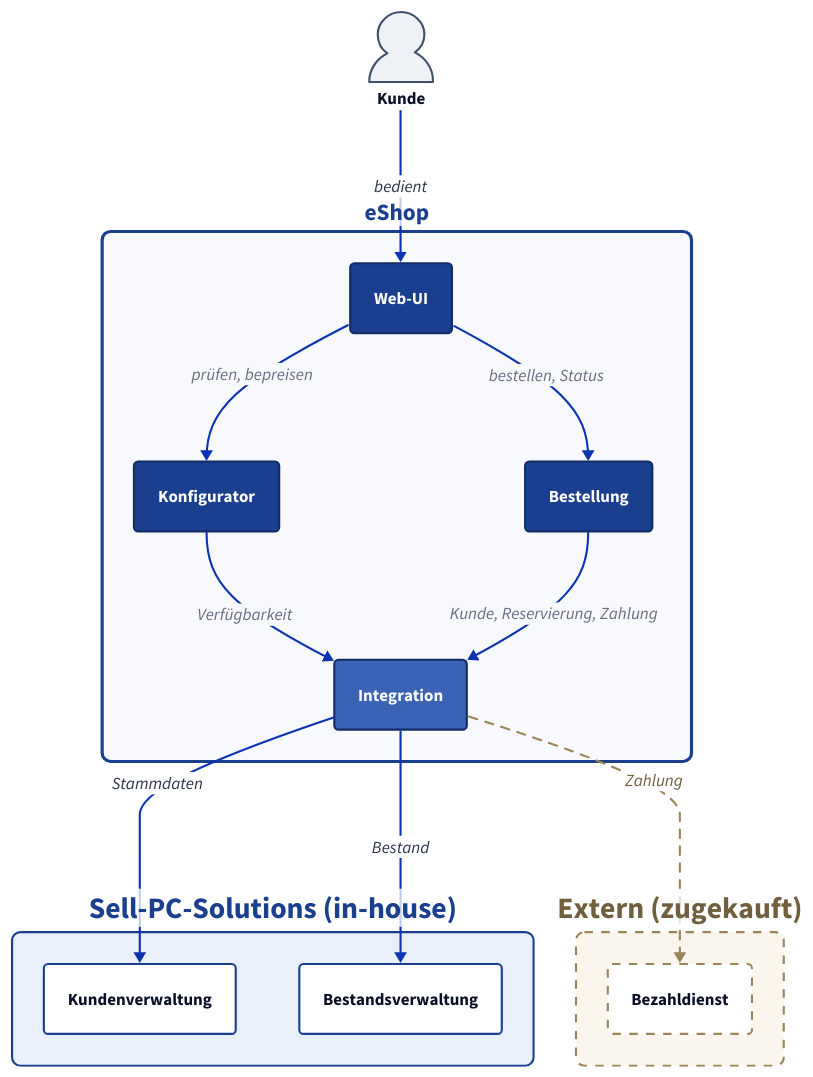
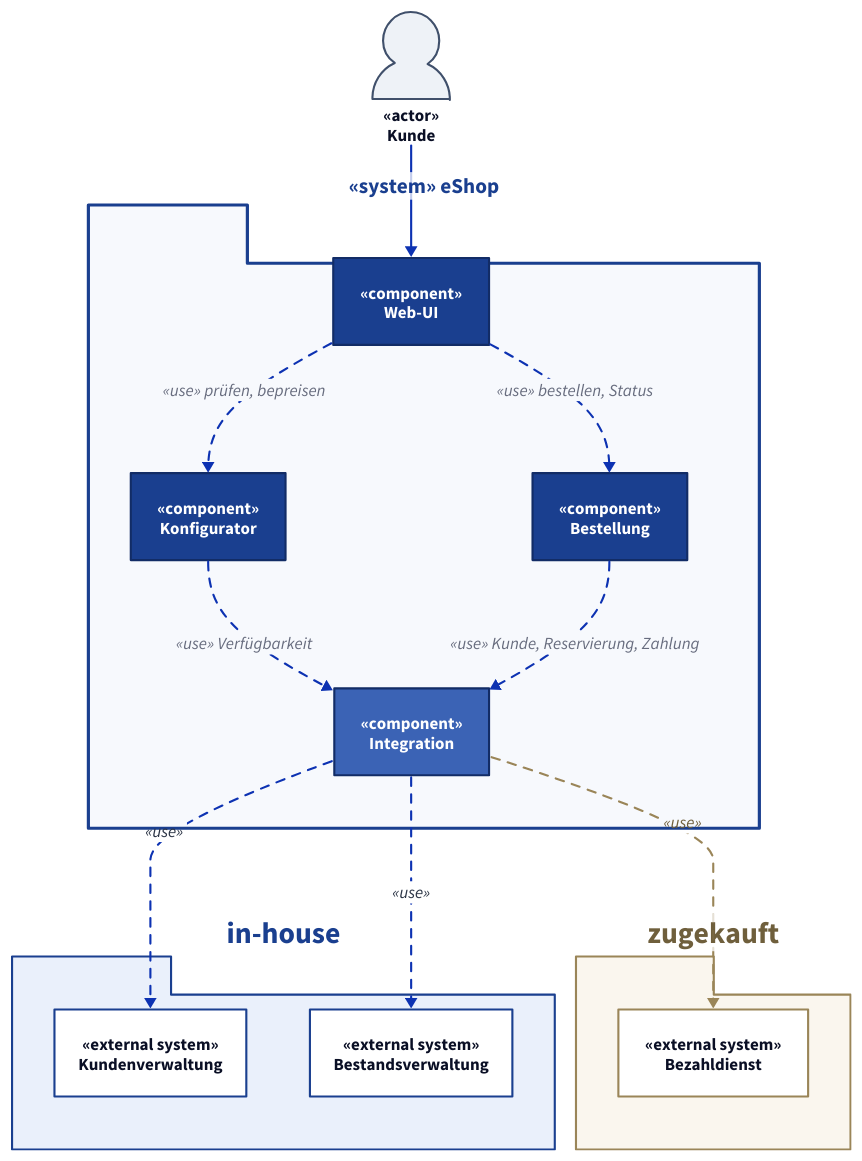
Before and after one commit to whiskey/arc42-schulung: the diagram in eshop/diagrams/05-bausteinsicht.d2, drawn with D2. The commit also changed 13 other files, not shown here.

First line of the commit message:
docs: switch diagrams to UML notation and animate the runtime view

```diff
--- a/eshop/diagrams/05-bausteinsicht.d2
+++ b/eshop/diagrams/05-bausteinsicht.d2
@@ -1,122 +1,124 @@
 # Bausteinsicht Ebene 1 (Whitebox eShop)  --  arc42 Kapitel 5
 #
-# Rendern:
-#   d2 --theme 0 --pad 20 eshop/diagrams/05-bausteinsicht.d2 eshop/diagrams/05-bausteinsicht.svg
+# Notation: UML-Komponentendiagramm.
+#   «component»        Baustein des eShops
+#   «external system»  Nachbarsystem
+#   Pakete             Systemgrenze bzw. Eigentumsverhaeltnisse
+#   gestrichelte Pfeile  UML-Abhaengigkeit «use»
 #
-# Der Zuschnitt folgt der Qualitätsanforderung, dass Bestellung, Konfiguration,
-# GUI und die Integration mit externen Systemen mit wenig Aufwand austauschbar
-# sein sollen: jede dieser vier Verantwortlichkeiten ist ein eigener Baustein.
-# Farben und Strichart sind dieselben wie im Kontextdiagramm (Kapitel 3).
+# Der Zuschnitt folgt der Qualitaetsanforderung, dass Bestellung, Konfiguration,
+# GUI und die Integration mit externen Systemen austauschbar sein sollen.
+#
+# Rendern: siehe render.sh in diesem Verzeichnis.
 
 direction: down
 
-kunde: Kunde {
+kunde: "«actor»\nKunde" {
   shape: person
   style.fill: "#eef2f7"
   style.stroke: "#40506b"
 }
 
-eshop: eShop {
+eshop: "«system» eShop" {
+  shape: package
   style: {
     fill: "#f7f9fd"
     stroke: "#1a3f8f"
     stroke-width: 3
-    border-radius: 8
     font-color: "#1a3f8f"
-    font-size: 22
+    font-size: 20
     bold: true
   }
 
-  ui: Web-UI {
+  ui: "«component»\nWeb-UI" {
     style.fill: "#1a3f8f"
     style.stroke: "#122c66"
     style.font-color: "#ffffff"
-    style.border-radius: 4
   }
 
-  konfigurator: Konfigurator {
+  konfigurator: "«component»\nKonfigurator" {
     style.fill: "#1a3f8f"
     style.stroke: "#122c66"
     style.font-color: "#ffffff"
-    style.border-radius: 4
   }
 
-  bestellung: Bestellung {
+  bestellung: "«component»\nBestellung" {
     style.fill: "#1a3f8f"
     style.stroke: "#122c66"
     style.font-color: "#ffffff"
-    style.border-radius: 4
   }
 
-  integration: Integration {
+  integration: "«component»\nIntegration" {
     style.fill: "#3b63b5"
     style.stroke: "#122c66"
     style.font-color: "#ffffff"
-    style.border-radius: 4
   }
 
-  ui -> konfigurator: prüfen, bepreisen
-  ui -> bestellung: bestellen, Status
-  konfigurator -> integration: Verfügbarkeit
-  bestellung -> integration: Kunde, Reservierung, Zahlung
+  ui -> konfigurator: "«use» prüfen, bepreisen" {
+    style.stroke-dash: 4
+  }
+  ui -> bestellung: "«use» bestellen, Status" {
+    style.stroke-dash: 4
+  }
+  konfigurator -> integration: "«use» Verfügbarkeit" {
+    style.stroke-dash: 4
+  }
+  bestellung -> integration: "«use» Kunde, Reservierung, Zahlung" {
+    style.stroke-dash: 4
+  }
 }
 
-inhouse: "Sell-PC-Solutions (in-house)" {
+inhouse: "in-house" {
+  shape: package
   style: {
     fill: "#eaf0fb"
     stroke: "#1a3f8f"
     stroke-width: 2
-    border-radius: 8
     font-color: "#1a3f8f"
     bold: true
   }
 
-  kundenverwaltung: Kundenverwaltung {
+  kundenverwaltung: "«external system»\nKundenverwaltung" {
     style.fill: "#ffffff"
     style.stroke: "#1a3f8f"
     style.stroke-width: 2
-    style.border-radius: 4
   }
 
-  bestandsverwaltung: Bestandsverwaltung {
+  bestandsverwaltung: "«external system»\nBestandsverwaltung" {
     style.fill: "#ffffff"
     style.stroke: "#1a3f8f"
     style.stroke-width: 2
-    style.border-radius: 4
   }
 }
 
-extern: "Extern (zugekauft)" {
+extern: "zugekauft" {
+  shape: package
   style: {
     fill: "#faf6ee"
     stroke: "#9a8558"
     stroke-width: 2
-    stroke-dash: 4
-    border-radius: 8
     font-color: "#6f5f3c"
     bold: true
   }
 
-  bezahldienst: Bezahldienst {
+  bezahldienst: "«external system»\nBezahldienst" {
     style.fill: "#ffffff"
     style.stroke: "#9a8558"
     style.stroke-width: 2
-    style.stroke-dash: 4
-    style.border-radius: 4
   }
 }
 
-kunde -> eshop.ui: bedient {
+kunde -> eshop.ui
+eshop.integration -> inhouse.kundenverwaltung: "«use»" {
+  style.stroke-dash: 4
   style.font-color: "#2b3445"
 }
-eshop.integration -> inhouse.kundenverwaltung: Stammdaten {
+eshop.integration -> inhouse.bestandsverwaltung: "«use»" {
+  style.stroke-dash: 4
   style.font-color: "#2b3445"
 }
-eshop.integration -> inhouse.bestandsverwaltung: Bestand {
-  style.font-color: "#2b3445"
+eshop.integration -> extern.bezahldienst: "«use»" {
+  style.stroke-dash: 4
+  style.stroke: "#9a8558"
+  style.font-color: "#6f5f3c"
 }
-eshop.integration -> extern.bezahldienst: Zahlung {
-  style.font-color: "#6f5f3c"
-  style.stroke: "#9a8558"
-  style.stroke-dash: 4
-}
```
